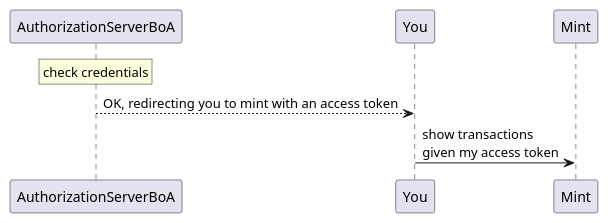
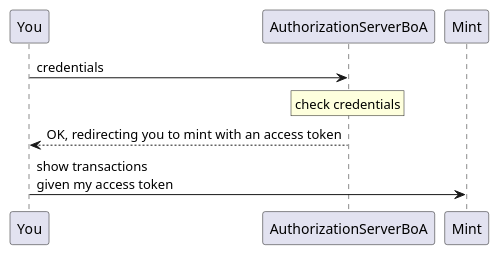
The diagram in oauth2/images/access_token_only_mint_zoom.puml (sheymans/elementsOf), drawn with PlantUML before and after one commit. The commit also changed 4 other files, not shown here.

```diff
--- a/oauth2/images/access_token_only_mint_zoom.puml
+++ b/oauth2/images/access_token_only_mint_zoom.puml
@@ -1,7 +1,8 @@
 @startuml
+You -> AuthorizationServerBoA: credentials
 rnote over AuthorizationServerBoA
   check credentials
 endrnote
 AuthorizationServerBoA --> You: OK, redirecting you to mint with an access token
 You -> Mint: show transactions \ngiven my access token
 @enduml
```
